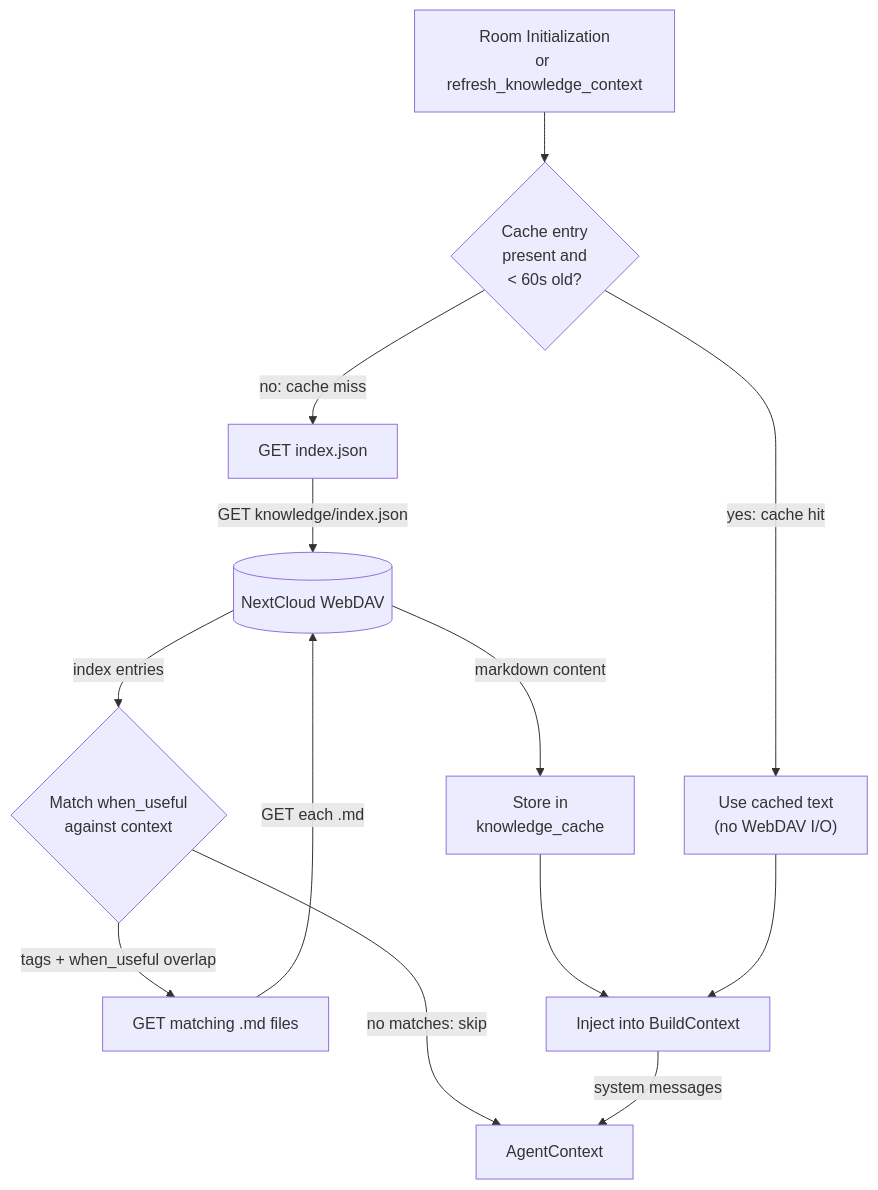
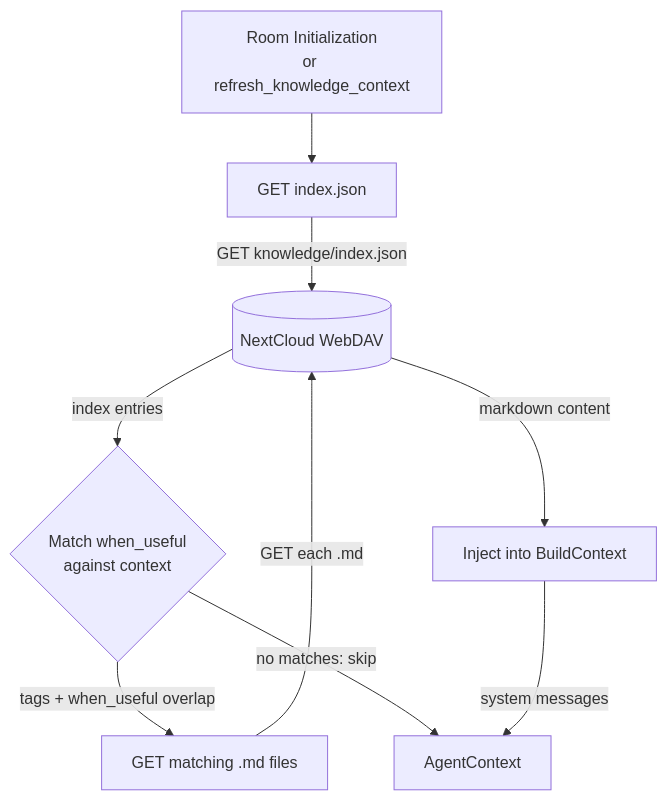
One commit to cosmoswafer/rockbot changed the second of 5 diagrams in _dfd/knowledge/knowledge.md. Above: the diagram before and after it, drawn with Mermaid. The commit also changed other lines of this file and 18 other files, not shown here.

````diff
--- a/_dfd/knowledge/knowledge.md
+++ b/_dfd/knowledge/knowledge.md
@@ -93,26 +92,19 @@
 ```mermaid
 flowchart TD
     INIT[Room Initialization<br/>or refresh_knowledge_context]
-    CACHE_CHECK{Cache entry<br/>present and<br/>< 60s old?}
-    CACHE_HIT["Use cached text<br/>(no WebDAV I/O)"]
     GET_IDX[GET index.json]
     DAV[(NextCloud WebDAV)]
     MATCH{Match when_useful<br/>against context}
     LOAD_MD[GET matching .md files]
-    CACHE_STORE["Store in<br/>knowledge_cache"]
     INJECT[Inject into BuildContext]
     CTX[AgentContext]
 
-    INIT --> CACHE_CHECK
-    CACHE_CHECK -->|"yes: cache hit"| CACHE_HIT
-    CACHE_CHECK -->|"no: cache miss"| GET_IDX
+    INIT --> GET_IDX
     GET_IDX -->|"GET knowledge/index.json"| DAV
     DAV -->|"index entries"| MATCH
     MATCH -->|"tags + when_useful overlap"| LOAD_MD
     MATCH -->|"no matches: skip"| CTX
     LOAD_MD -->|"GET each .md"| DAV
-    DAV -->|"markdown content"| CACHE_STORE
-    CACHE_STORE --> INJECT
-    CACHE_HIT --> INJECT
+    DAV -->|"markdown content"| INJECT
     INJECT -->|"system messages"| CTX
 ```
````
